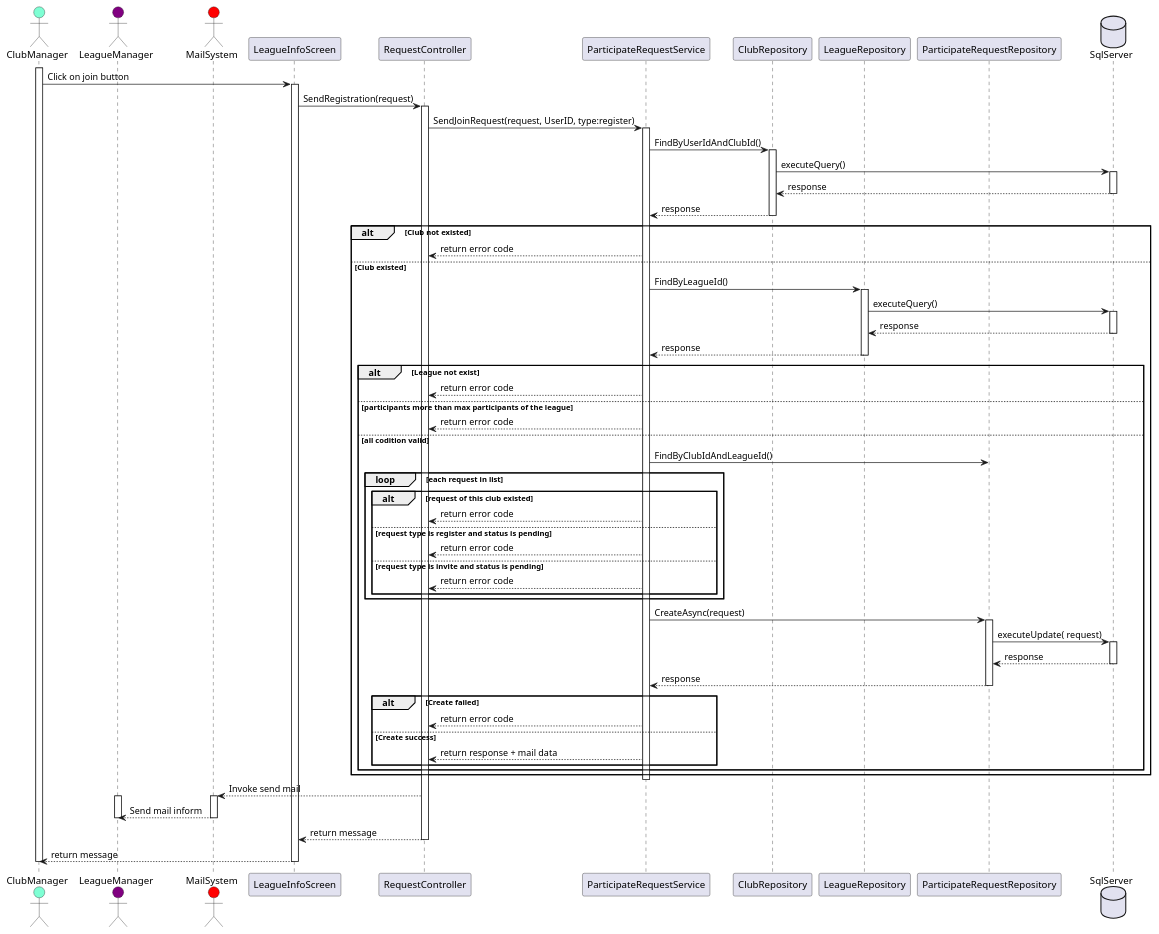
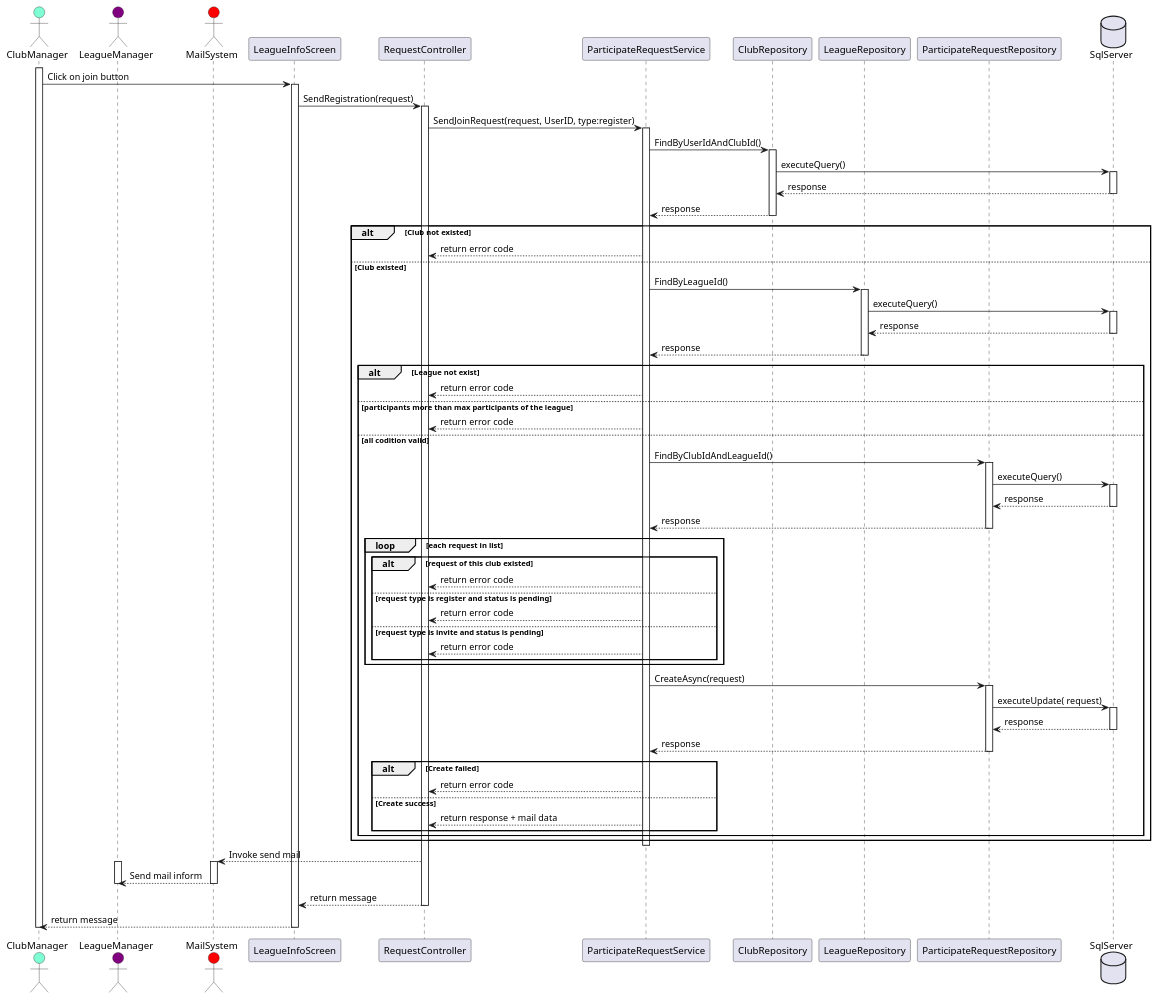
One commit to envydiace/FLMS_Diagram changed the diagram in Feature_for_club_manager/Request_management/Sequence_diagram/uc21_SendRegistration.puml. Above: the diagram before and after it, drawn with PlantUML.

Commit message:
update sequence

```diff
--- a/Feature_for_club_manager/Request_management/Sequence_diagram/uc21_SendRegistration.puml
+++ b/Feature_for_club_manager/Request_management/Sequence_diagram/uc21_SendRegistration.puml
@@ -1,82 +1,89 @@
 @startuml Send Registration
 actor ClubManager #Aquamarine
 actor LeagueManager #Purple
 actor MailSystem #red
 participant LeagueInfoScreen
 participant RequestController
 participant ParticipateRequestService
 participant ClubRepository
 participant LeagueRepository
 participant ParticipateRequestRepository
 database SqlServer
 
 activate ClubManager
     ClubManager -> LeagueInfoScreen: Click on join button
     activate LeagueInfoScreen
         LeagueInfoScreen -> RequestController: SendRegistration(request)
         activate RequestController
             RequestController -> ParticipateRequestService: SendJoinRequest(request, UserID, type:register)
             activate ParticipateRequestService
                 ParticipateRequestService -> ClubRepository: FindByUserIdAndClubId()
                 activate ClubRepository
                     ClubRepository -> SqlServer : executeQuery()
                     activate SqlServer
                         SqlServer --> ClubRepository: response
                     deactivate SqlServer
                     ClubRepository --> ParticipateRequestService: response
                 deactivate ClubRepository
                 alt Club not existed
                     ParticipateRequestService --> RequestController: return error code
                 else Club existed
                     ParticipateRequestService -> LeagueRepository: FindByLeagueId()
                     activate LeagueRepository
                     LeagueRepository -> SqlServer : executeQuery()
                         activate SqlServer
                             SqlServer --> LeagueRepository: response
                         deactivate SqlServer
                     LeagueRepository --> ParticipateRequestService: response
                     deactivate LeagueRepository
                     alt League not exist 
                         ParticipateRequestService --> RequestController: return error code
                     else participants more than max participants of the league 
                         ParticipateRequestService --> RequestController: return error code
                     else all codition valid 
                         ParticipateRequestService -> ParticipateRequestRepository: FindByClubIdAndLeagueId()
+                        activate ParticipateRequestRepository
+                        ParticipateRequestRepository -> SqlServer : executeQuery()
+                            activate SqlServer
+                                SqlServer --> ParticipateRequestRepository: response
+                            deactivate SqlServer
+                        ParticipateRequestRepository --> ParticipateRequestService: response
+                        deactivate ParticipateRequestRepository
                         loop each request in list 
                             alt request of this club existed
                                 ParticipateRequestService --> RequestController: return error code
                             else request type is register and status is pending
                                 ParticipateRequestService --> RequestController: return error code
                             else request type is invite and status is pending
                                 ParticipateRequestService --> RequestController: return error code
                             end
                         end
                         ParticipateRequestService -> ParticipateRequestRepository: CreateAsync(request)
                         activate ParticipateRequestRepository
                         ParticipateRequestRepository -> SqlServer : executeUpdate( request)
                             activate SqlServer
                                 SqlServer --> ParticipateRequestRepository: response
                             deactivate SqlServer
                         ParticipateRequestRepository --> ParticipateRequestService: response
                         deactivate ParticipateRequestRepository
                         alt Create failed 
                             ParticipateRequestService --> RequestController: return error code
                         else Create success 
                             ParticipateRequestService --> RequestController: return response + mail data
                         end 
                     end
                 end
             deactivate ParticipateRequestService
             RequestController --> MailSystem: Invoke send mail
             activate MailSystem
                 activate LeagueManager
                 MailSystem --> LeagueManager: Send mail inform
                 deactivate LeagueManager
             deactivate MailSystem
             RequestController --> LeagueInfoScreen: return message
         deactivate RequestController
         LeagueInfoScreen --> ClubManager: return message
     deactivate LeagueInfoScreen
 deactivate ClubManager
 
 @enduml
```
